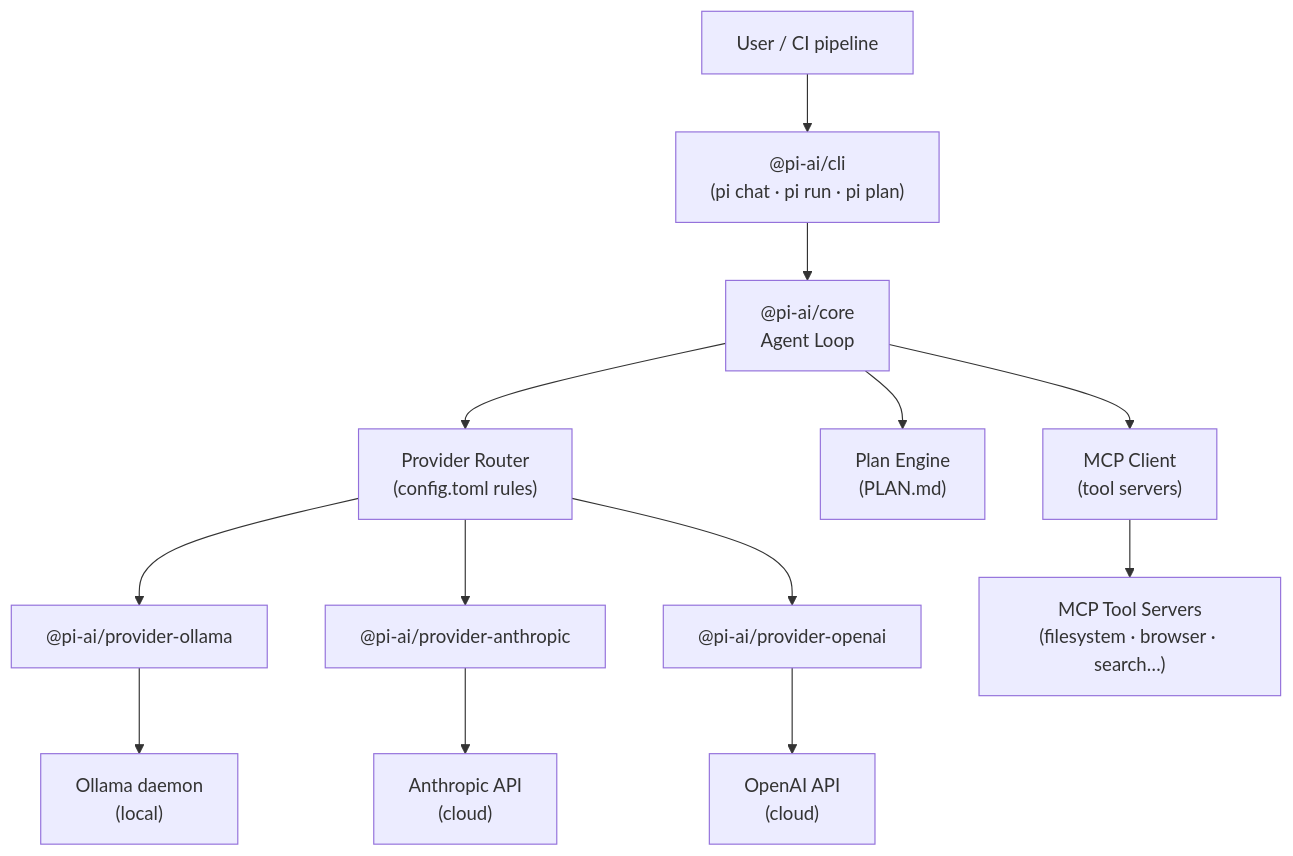
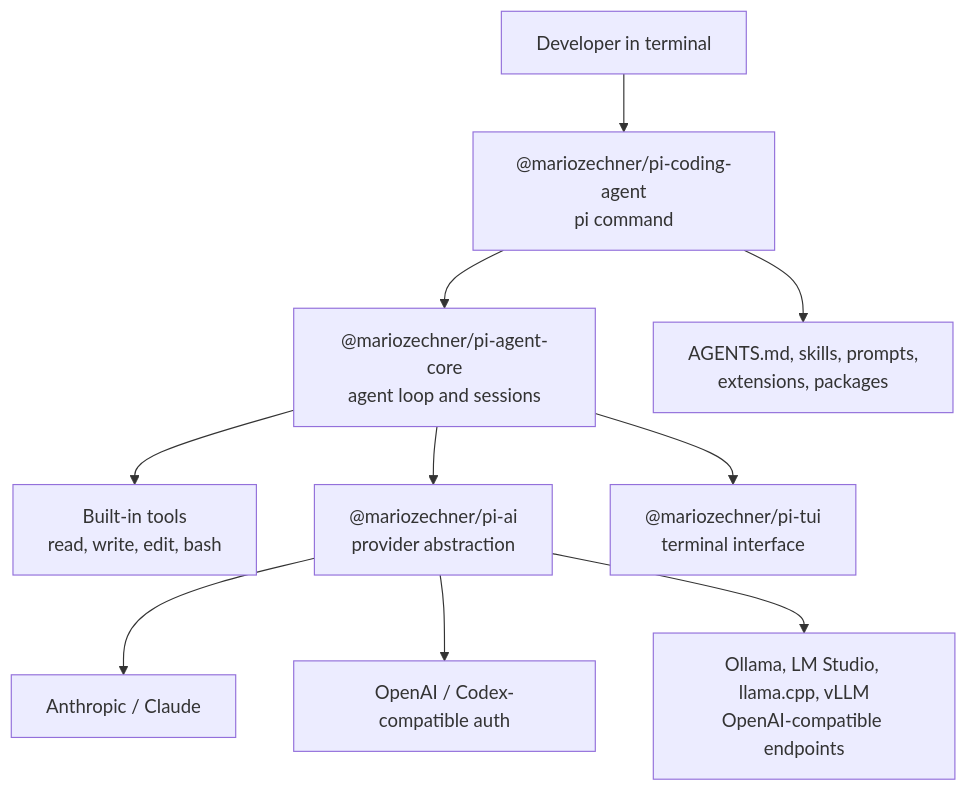
The diagram in vault/courses/pi-agent-setup-and-usage-2026/01-what-is-pi-agent/chapter.md (Koenig-Solutions-Private-Limited/koenig-ai-org), drawn with Mermaid before and after one commit. The commit also changed other lines of this file and 1 other file, not shown here.

First line of the commit message:
g0-passed: pi-agent-setup-and-usage-2026 outline + ch01 — KOEA-8828

````diff
--- a/vault/courses/pi-agent-setup-and-usage-2026/01-what-is-pi-agent/chapter.md
+++ b/vault/courses/pi-agent-setup-and-usage-2026/01-what-is-pi-agent/chapter.md
@@ -116,15 +115,12 @@
 ```mermaid
 graph TD
-    User["User / CI pipeline"] --> CLI["@pi-ai/cli<br/>(pi chat · pi run · pi plan)"]
-    CLI --> Core["@pi-ai/core<br/>Agent Loop"]
-    Core --> Router["Provider Router<br/>(config.toml rules)"]
-    Router --> OllamaAdapter["@pi-ai/provider-ollama"]
-    Router --> AnthropicAdapter["@pi-ai/provider-anthropic"]
-    Router --> OpenAIAdapter["@pi-ai/provider-openai"]
-    OllamaAdapter --> Ollama["Ollama daemon<br/>(local)"]
-    AnthropicAdapter --> Claude["Anthropic API<br/>(cloud)"]
-    OpenAIAdapter --> OpenAI["OpenAI API<br/>(cloud)"]
-    Core --> PlanEngine["Plan Engine<br/>(PLAN.md)"]
-    Core --> MCPClient["MCP Client<br/>(tool servers)"]
-    MCPClient --> MCPServers["MCP Tool Servers<br/>(filesystem · browser · search…)"]
+    User["Developer in terminal"] --> CLI["@mariozechner/pi-coding-agent<br/>pi command"]
+    CLI --> Core["@mariozechner/pi-agent-core<br/>agent loop and sessions"]
+    Core --> Tools["Built-in tools<br/>read, write, edit, bash"]
+    Core --> AI["@mariozechner/pi-ai<br/>provider abstraction"]
+    Core --> TUI["@mariozechner/pi-tui<br/>terminal interface"]
+    AI --> Anthropic["Anthropic / Claude"]
+    AI --> OpenAI["OpenAI / Codex-compatible auth"]
+    AI --> Local["Ollama, LM Studio, llama.cpp, vLLM<br/>OpenAI-compatible endpoints"]
+    CLI --> Resources["AGENTS.md, skills, prompts,<br/>extensions, packages"]
 ```
````
